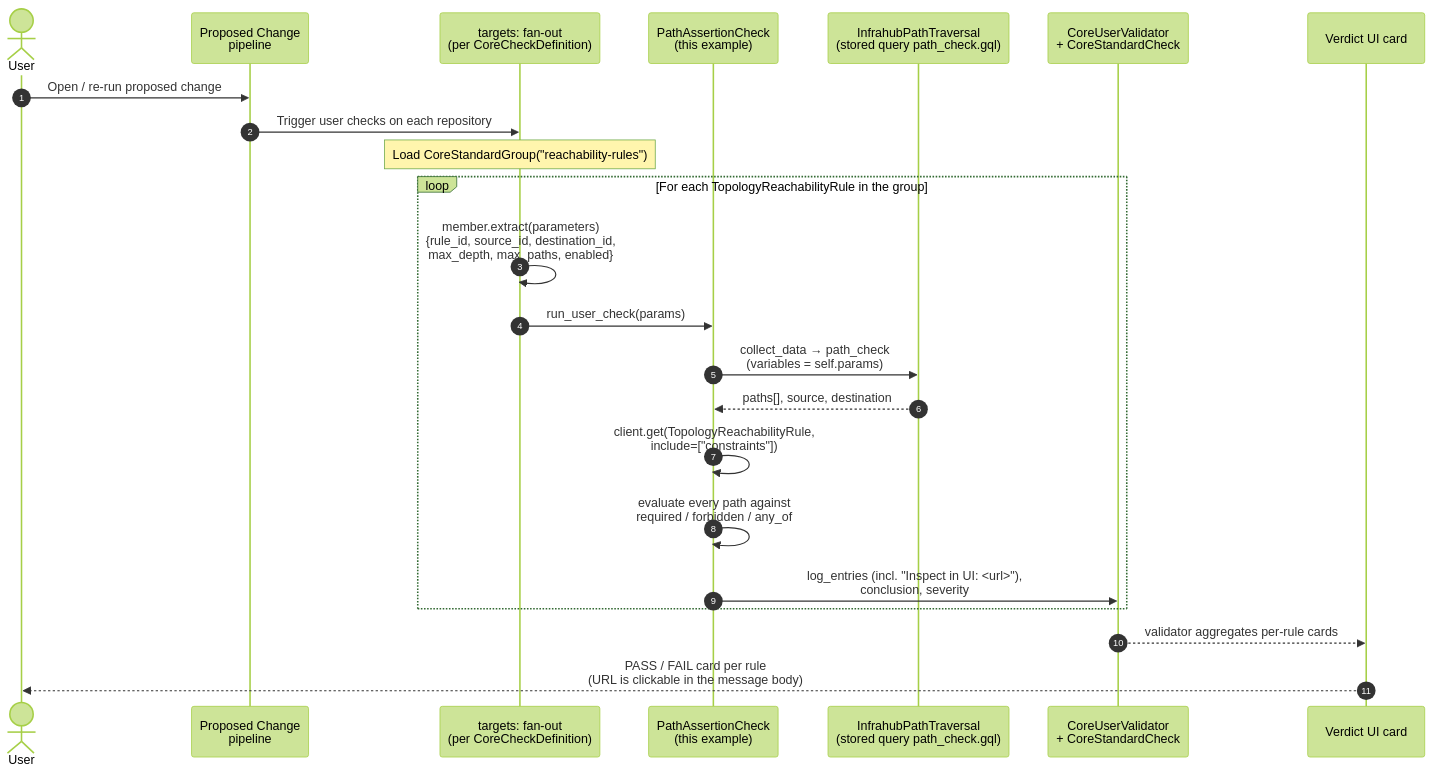
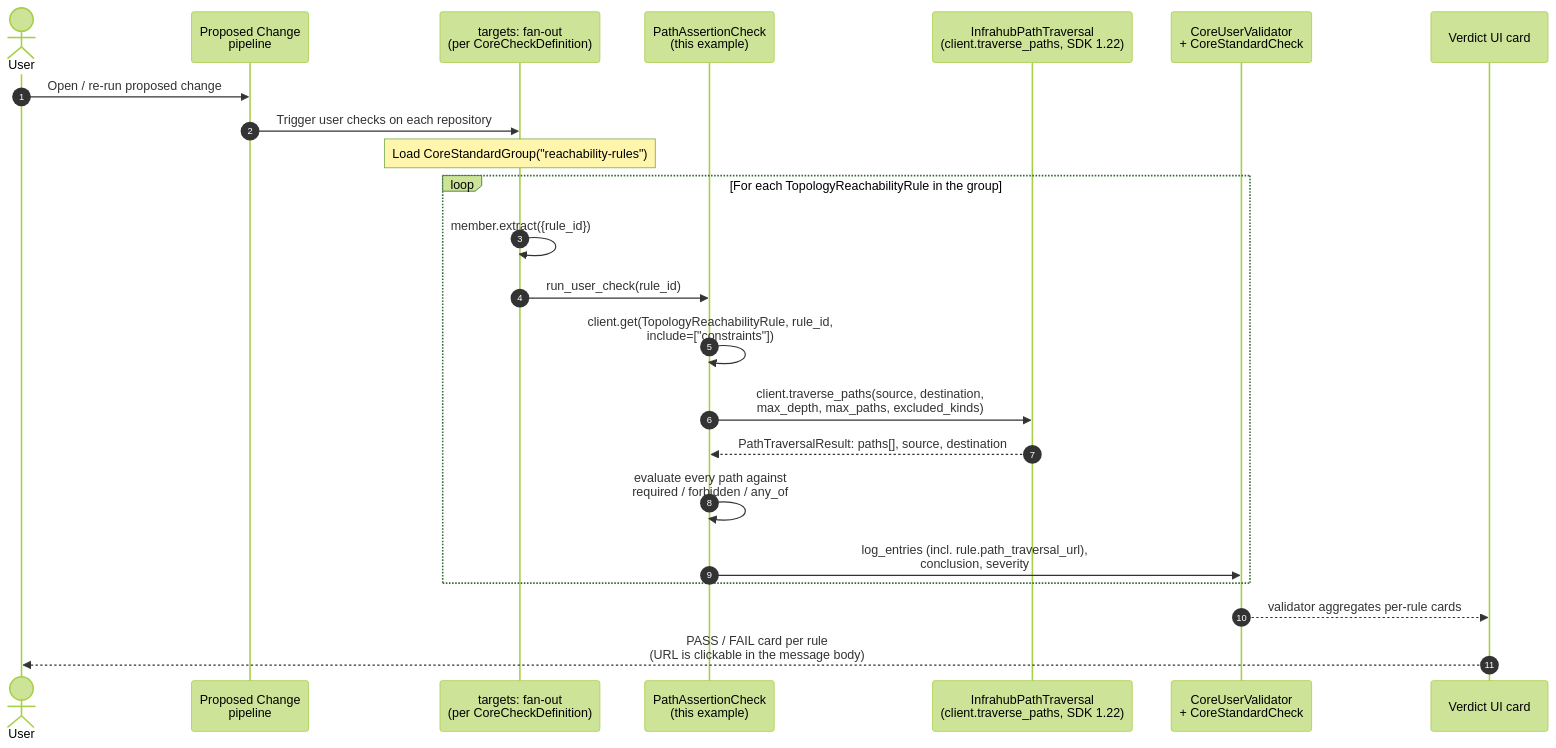
Before and after one commit to opsmill/infrahub-demo-reachability-check: the first of 2 diagrams in README.md, drawn with Mermaid (forest theme). The commit also changed other lines of this file, not shown here.

````diff
--- a/README.md
+++ b/README.md
@@ -167,26 +167,26 @@
 ```mermaid
 sequenceDiagram
     autonumber
     actor User
     participant PC as Proposed Change<br/>pipeline
     participant Fan as targets: fan-out<br/>(per CoreCheckDefinition)
     participant Check as PathAssertionCheck<br/>(this example)
-    participant GQL as InfrahubPathTraversal<br/>(stored query path_check.gql)
+    participant GQL as InfrahubPathTraversal<br/>(client.traverse_paths, SDK 1.22)
     participant Verdict as CoreUserValidator<br/>+ CoreStandardCheck
     participant UI as Verdict UI card
 
     User->>PC: Open / re-run proposed change
     PC->>Fan: Trigger user checks on each repository
     Note over Fan: Load CoreStandardGroup("reachability-rules")
     loop For each TopologyReachabilityRule in the group
-        Fan->>Fan: member.extract(parameters)<br/>{rule_id, source_id, destination_id,<br/>max_depth, max_paths, enabled}
-        Fan->>Check: run_user_check(params)
-        Check->>GQL: collect_data → path_check<br/>(variables = self.params)
-        GQL-->>Check: paths[], source, destination
-        Check->>Check: client.get(TopologyReachabilityRule,<br/>include=["constraints"])
+        Fan->>Fan: member.extract({rule_id})
+        Fan->>Check: run_user_check(rule_id)
+        Check->>Check: client.get(TopologyReachabilityRule, rule_id,<br/>include=["constraints"])
+        Check->>GQL: client.traverse_paths(source, destination,<br/>max_depth, max_paths, excluded_kinds)
+        GQL-->>Check: PathTraversalResult: paths[], source, destination
         Check->>Check: evaluate every path against<br/>required / forbidden / any_of
-        Check->>Verdict: log_entries (incl. "Inspect in UI: <url>"),<br/>conclusion, severity
+        Check->>Verdict: log_entries (incl. rule.path_traversal_url),<br/>conclusion, severity
     end
     Verdict-->>UI: validator aggregates per-rule cards
     UI-->>User: PASS / FAIL card per rule<br/>(URL is clickable in the message body)
 ```
````
